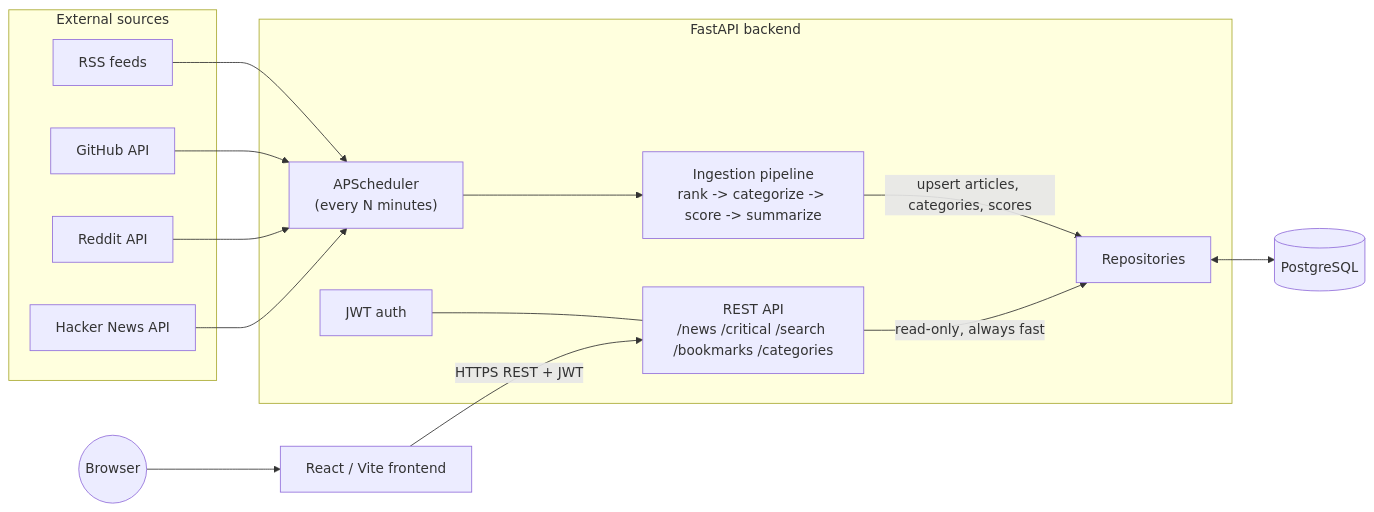
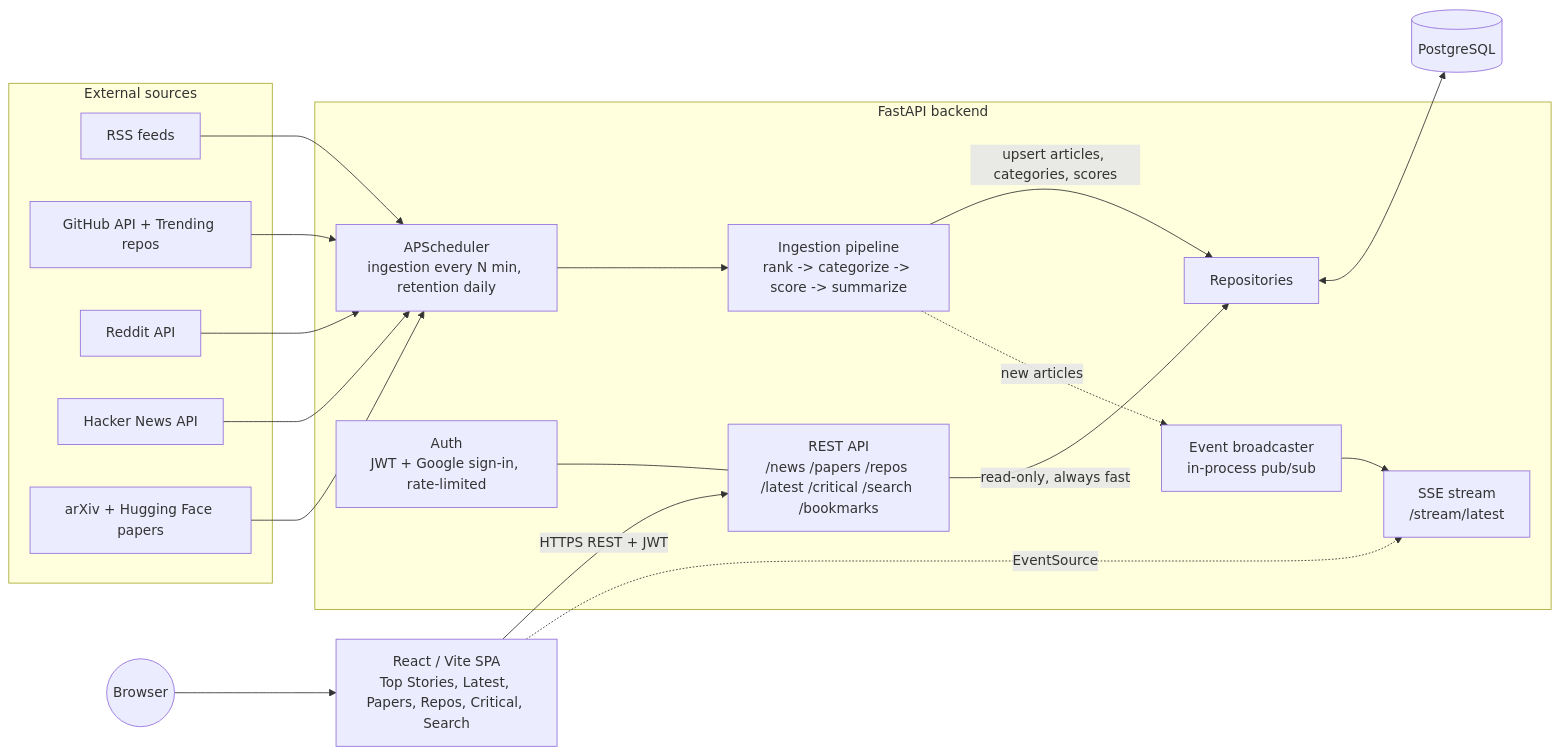
The diagram in README.md (Amitabh0954/Tech_news), drawn with Mermaid before and after one commit. The commit also changed other lines of this file and 47 other files, not shown here.

Commit message:
reame plus lld diagram updated

````diff
--- a/README.md
+++ b/README.md
@@ -19,33 +21,40 @@
 ```mermaid
 flowchart LR
     subgraph Sources["External sources"]
         RSS[RSS feeds]
-        GH[GitHub API]
+        GH[GitHub API + Trending repos]
         RD[Reddit API]
         HN[Hacker News API]
+        PAPERS[arXiv + Hugging Face papers]
     end
 
     subgraph Backend["FastAPI backend"]
-        SCHED["APScheduler\n(every N minutes)"]
+        SCHED["APScheduler\ningestion every N min, retention daily"]
         PIPE["Ingestion pipeline\nrank -> categorize -> score -> summarize"]
         REPO[Repositories]
-        API["REST API\n/news /critical /search /bookmarks /categories"]
-        AUTH["JWT auth"]
+        EVENTS["Event broadcaster\nin-process pub/sub"]
+        API["REST API\n/news /papers /repos /latest /critical /search /bookmarks"]
+        SSE["SSE stream\n/stream/latest"]
+        AUTH["Auth\nJWT + Google sign-in, rate-limited"]
     end
 
     DB[(PostgreSQL)]
-    FE["React / Vite frontend"]
+    FE["React / Vite SPA\nTop Stories, Latest, Papers, Repos, Critical, Search"]
     USER((Browser))
 
     RSS --> SCHED
     GH --> SCHED
     RD --> SCHED
     HN --> SCHED
+    PAPERS --> SCHED
     SCHED --> PIPE
     PIPE -->|upsert articles, categories, scores| REPO
     REPO <--> DB
+    PIPE -.->|new articles| EVENTS
+    EVENTS --> SSE
     API -->|read-only, always fast| REPO
     AUTH --- API
     FE -->|HTTPS REST + JWT| API
+    FE -.->|EventSource| SSE
     USER --> FE
 ```
````
